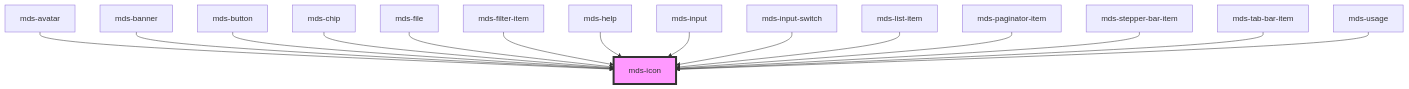
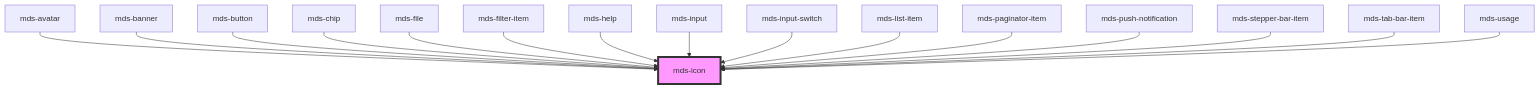
One commit to magma-design-system/magma changed the diagram in projects/stencil/src/components/mds-icon/readme.md. Above: the diagram before and after it, drawn with Mermaid. The commit also changed other lines of this file and 2 other files, not shown here.

Commit message:
feat(mds-icon): add part svg

````diff
--- a/projects/stencil/src/components/mds-icon/readme.md
+++ b/projects/stencil/src/components/mds-icon/readme.md
@@ -122,18 +130,19 @@
 ```mermaid
 graph TD;
   mds-avatar --> mds-icon
   mds-banner --> mds-icon
   mds-button --> mds-icon
   mds-chip --> mds-icon
   mds-file --> mds-icon
   mds-filter-item --> mds-icon
   mds-help --> mds-icon
   mds-input --> mds-icon
   mds-input-switch --> mds-icon
   mds-list-item --> mds-icon
   mds-paginator-item --> mds-icon
+  mds-push-notification --> mds-icon
   mds-stepper-bar-item --> mds-icon
   mds-tab-bar-item --> mds-icon
   mds-usage --> mds-icon
   style mds-icon fill:#f9f,stroke:#333,stroke-width:4px
 ```
````
